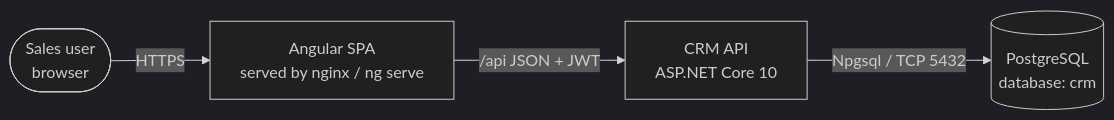
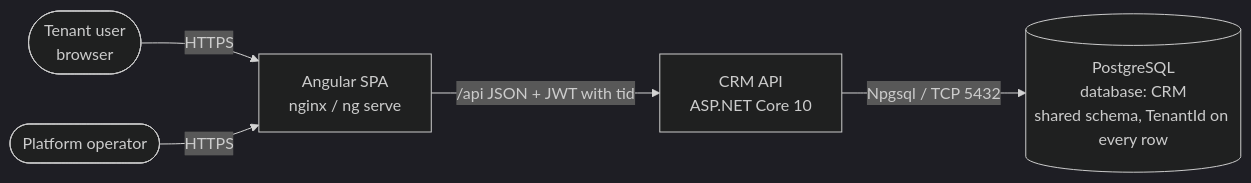
Before and after one commit to hardeepsingh-git/crm: the first of 3 diagrams in docs/ARCHITECTURE.md, drawn with Mermaid (dark theme). The commit also changed other lines of this file and 93 other files, not shown here.

````diff
--- a/docs/ARCHITECTURE.md
+++ b/docs/ARCHITECTURE.md
@@ -5,6 +5,7 @@
 ```mermaid
 flowchart LR
-    user([Sales user<br/>browser]) -->|HTTPS| web[Angular SPA<br/>served by nginx / ng serve]
-    web -->|/api JSON + JWT| api[CRM API<br/>ASP.NET Core 10]
-    api -->|Npgsql / TCP 5432| db[(PostgreSQL<br/>database: crm)]
+    user([Tenant user<br/>browser]) -->|HTTPS| web[Angular SPA<br/>nginx / ng serve]
+    op([Platform operator]) -->|HTTPS| web
+    web -->|/api JSON + JWT with tid| api[CRM API<br/>ASP.NET Core 10]
+    api -->|Npgsql / TCP 5432| db[(PostgreSQL<br/>database: CRM<br/>shared schema, TenantId on every row)]
 ```
````
